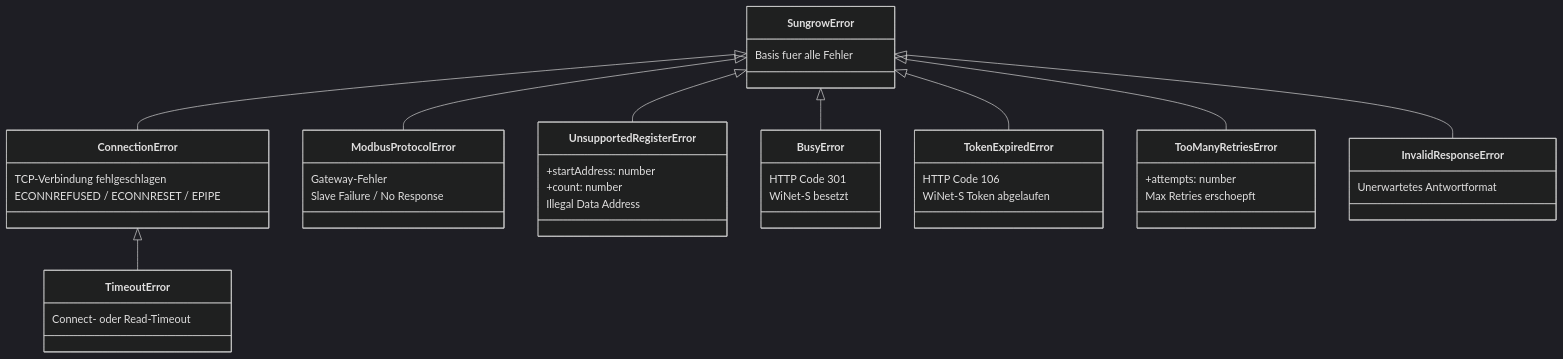
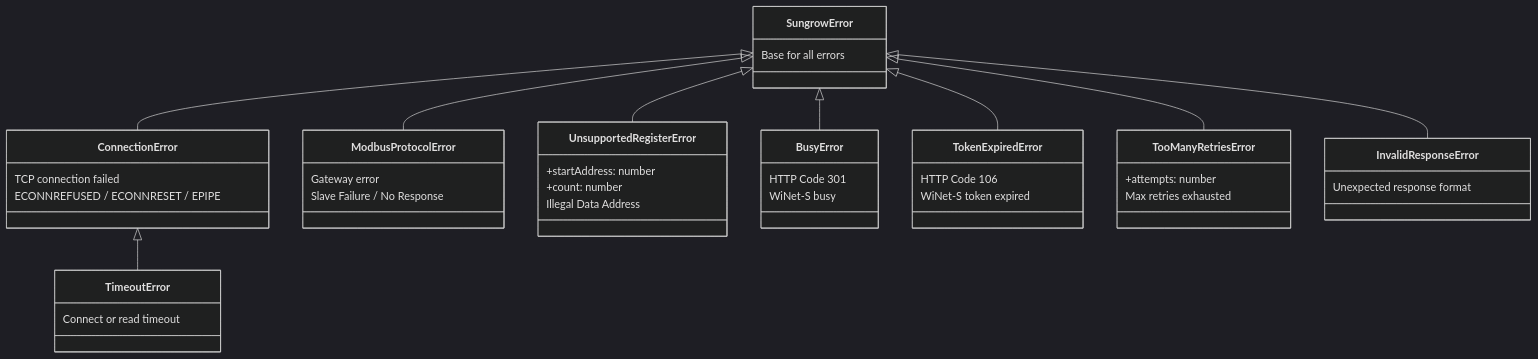
Before and after one commit to AlexanderLanin/sungrowlib: the tenth of 12 diagrams in ARCHITECTURE.md, drawn with Mermaid (dark theme). The commit also changed other lines of this file, not shown here.

Commit message:
docs: translate ARCHITECTURE.md from German to English

````diff
--- a/ARCHITECTURE.md
+++ b/ARCHITECTURE.md
@@ -454,54 +454,54 @@
 ```mermaid
 classDiagram
     class SungrowError {
-        Basis fuer alle Fehler
+        Base for all errors
     }
 
     class ConnectionError {
-        TCP-Verbindung fehlgeschlagen
+        TCP connection failed
         ECONNREFUSED / ECONNRESET / EPIPE
     }
 
     class TimeoutError {
-        Connect- oder Read-Timeout
+        Connect or read timeout
     }
 
     class ModbusProtocolError {
-        Gateway-Fehler
+        Gateway error
         Slave Failure / No Response
     }
 
     class UnsupportedRegisterError {
         +startAddress: number
         +count: number
         Illegal Data Address
     }
 
     class BusyError {
         HTTP Code 301
-        WiNet-S besetzt
+        WiNet-S busy
     }
 
     class TokenExpiredError {
         HTTP Code 106
-        WiNet-S Token abgelaufen
+        WiNet-S token expired
     }
 
     class TooManyRetriesError {
         +attempts: number
-        Max Retries erschoepft
+        Max retries exhausted
     }
 
     class InvalidResponseError {
-        Unerwartetes Antwortformat
+        Unexpected response format
     }
 
     SungrowError <|-- ConnectionError
     ConnectionError <|-- TimeoutError
     SungrowError <|-- ModbusProtocolError
     SungrowError <|-- UnsupportedRegisterError
     SungrowError <|-- BusyError
     SungrowError <|-- TokenExpiredError
     SungrowError <|-- TooManyRetriesError
     SungrowError <|-- InvalidResponseError
 ```
````
